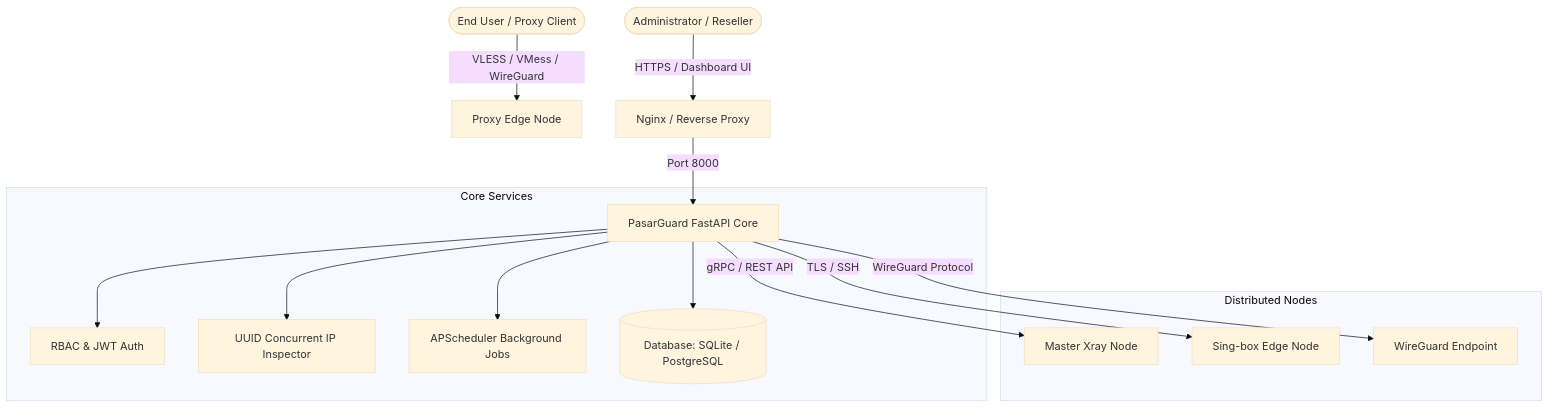
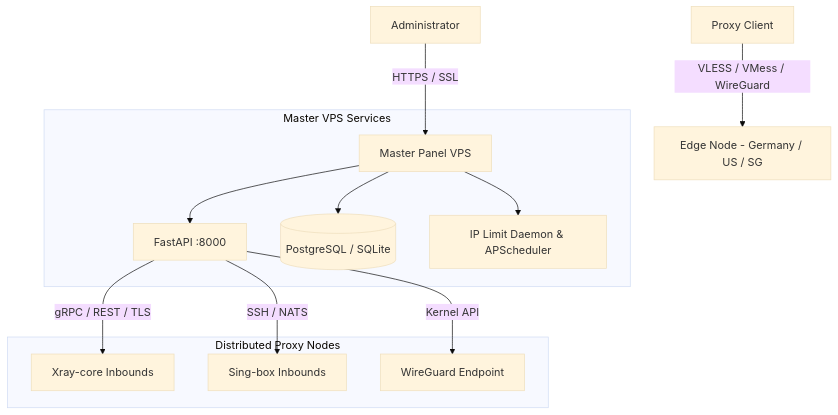
Before and after one commit to baglanemelian/pasarguard: the diagram in README.md, drawn with Mermaid (base theme). The commit also changed other lines of this file and 5 other files, not shown here.

````diff
--- a/README.md
+++ b/README.md
@@ -427,20 +381,17 @@
 ```mermaid
 graph TD
-    User([End User / Proxy Client]) -->|VLESS / VMess / WireGuard| Node[Proxy Edge Node]
-    Admin([Administrator / Reseller]) -->|HTTPS / Dashboard UI| Gateway[Nginx / Reverse Proxy]
-    
-    Gateway -->|Port 8000| Core[PasarGuard FastAPI Core]
-    
-    subgraph Core Services
-        Core --> Auth[RBAC & JWT Auth]
-        Core --> IPLimiter[UUID Concurrent IP Inspector]
-        Core --> Scheduler[APScheduler Background Jobs]
-        Core --> DB[(Database: SQLite / PostgreSQL)]
+    Client[Proxy Client] -->|VLESS / VMess / WireGuard| EdgeNode[Edge Node - Germany / US / SG]
+    Admin[Administrator] -->|HTTPS / SSL| MasterVPS[Master Panel VPS]
+
+    subgraph Master VPS Services
+        MasterVPS --> API[FastAPI :8000]
+        MasterVPS --> DB[(PostgreSQL / SQLite)]
+        MasterVPS --> Worker[IP Limit Daemon & APScheduler]
     end
-    
-    subgraph Distributed Nodes
-        Core -->|gRPC / REST API| MasterNode[Master Xray Node]
-        Core -->|TLS / SSH| EdgeNode1[Sing-box Edge Node]
-        Core -->|WireGuard Protocol| EdgeNode2[WireGuard Endpoint]
+
+    subgraph Distributed Proxy Nodes
+        API -->|gRPC / REST / TLS| Node1[Xray-core Inbounds]
+        API -->|SSH / NATS| Node2[Sing-box Inbounds]
+        API -->|Kernel API| Node3[WireGuard Endpoint]
     end
 ```
````
